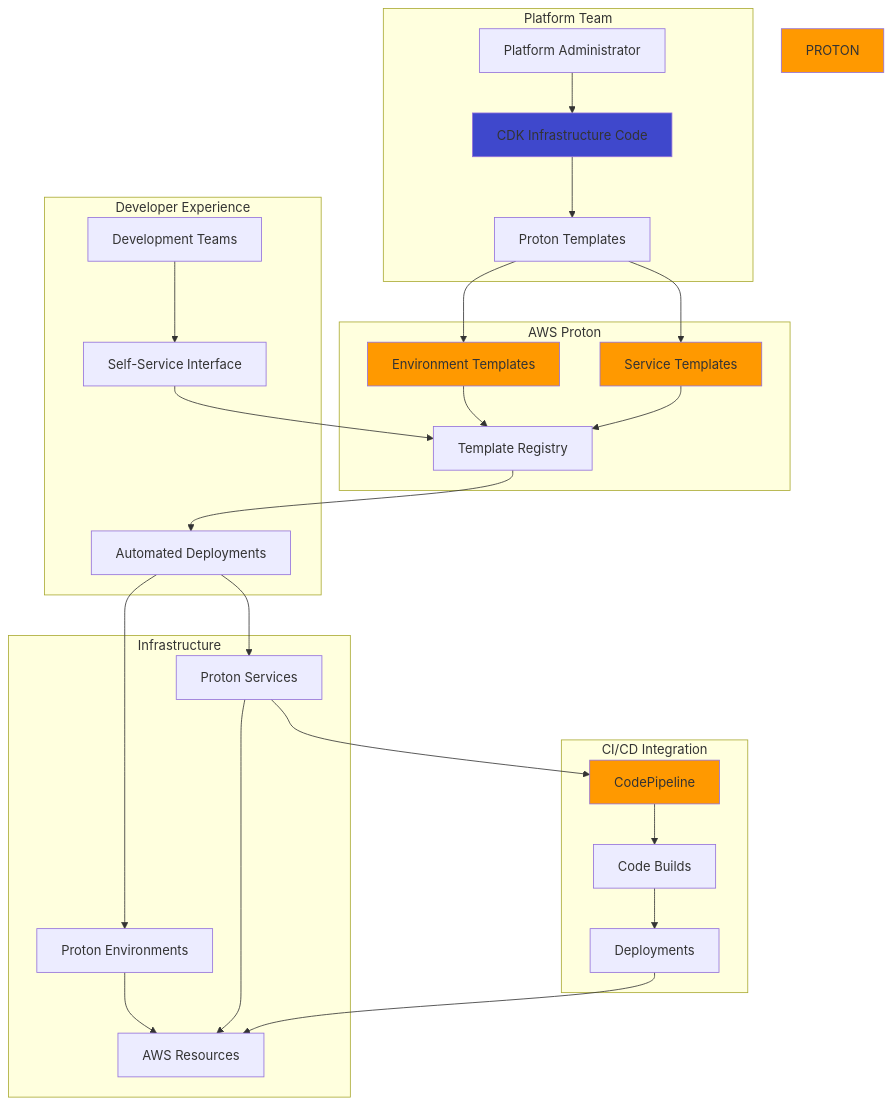
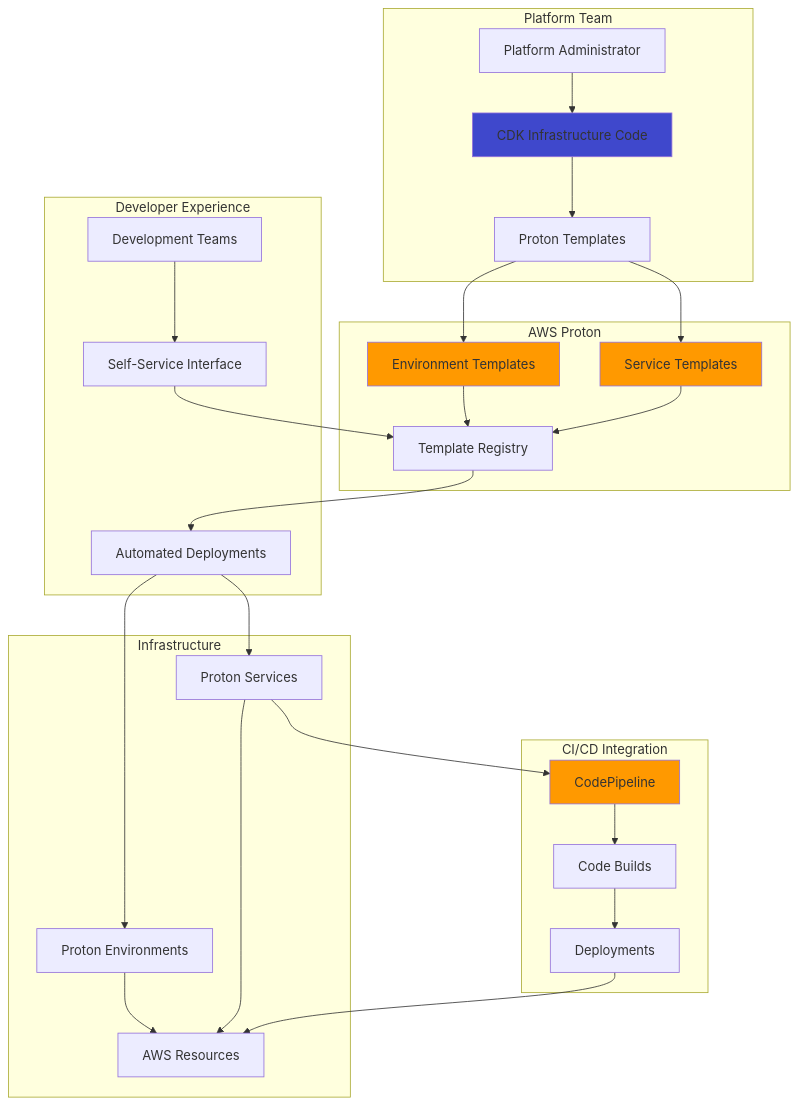
One commit to mzazon/awesome-cloud-projects changed the diagram in aws/infrastructure-automation-proton-cdk/infrastructure-automation-proton-cdk.md. Above: the diagram before and after it, drawn with Mermaid. The commit also changed other lines of this file and 5581 other files, not shown here.

````diff
--- a/aws/infrastructure-automation-proton-cdk/infrastructure-automation-proton-cdk.md
+++ b/aws/infrastructure-automation-proton-cdk/infrastructure-automation-proton-cdk.md
@@ -28,59 +30,58 @@
 ```mermaid
 graph TB
     subgraph "Platform Team"
         ADMIN[Platform Administrator]
         CDK_CODE[CDK Infrastructure Code]
         TEMPLATES[Proton Templates]
     end
     
     subgraph "AWS Proton"
         ENV_TEMPLATE[Environment Templates]
         SVC_TEMPLATE[Service Templates]
         TEMPLATE_REGISTRY[Template Registry]
     end
     
     subgraph "Developer Experience"
         DEV_TEAM[Development Teams]
         SELF_SERVICE[Self-Service Interface]
         DEPLOYMENTS[Automated Deployments]
     end
     
     subgraph "Infrastructure"
         ENVIRONMENTS[Proton Environments]
         SERVICES[Proton Services]
         RESOURCES[AWS Resources]
     end
     
     subgraph "CI/CD Integration"
         PIPELINE[CodePipeline]
         BUILDS[Code Builds]
         DEPLOY[Deployments]
     end
     
     ADMIN --> CDK_CODE
     CDK_CODE --> TEMPLATES
     TEMPLATES --> ENV_TEMPLATE
     TEMPLATES --> SVC_TEMPLATE
     ENV_TEMPLATE --> TEMPLATE_REGISTRY
     SVC_TEMPLATE --> TEMPLATE_REGISTRY
     
     DEV_TEAM --> SELF_SERVICE
     SELF_SERVICE --> TEMPLATE_REGISTRY
     TEMPLATE_REGISTRY --> DEPLOYMENTS
     
     DEPLOYMENTS --> ENVIRONMENTS
     DEPLOYMENTS --> SERVICES
     ENVIRONMENTS --> RESOURCES
     SERVICES --> RESOURCES
     
     SERVICES --> PIPELINE
     PIPELINE --> BUILDS
     BUILDS --> DEPLOY
     DEPLOY --> RESOURCES
     
     style ENV_TEMPLATE fill:#FF9900
     style SVC_TEMPLATE fill:#FF9900
-    style PROTON fill:#FF9900
     style CDK_CODE fill:#3F48CC
     style PIPELINE fill:#FF9900
 ```
````
